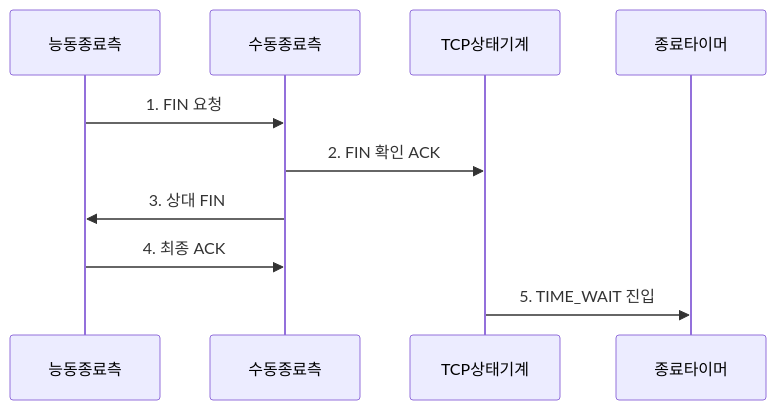
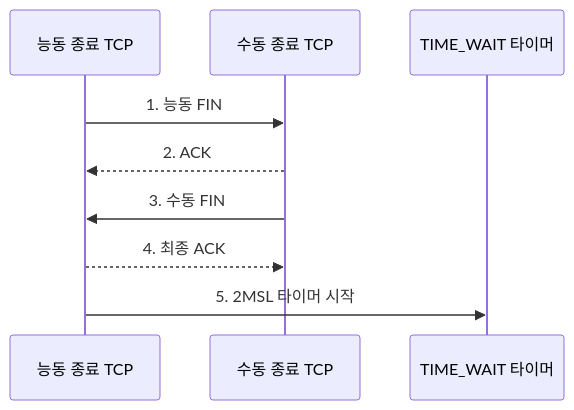
Before and after one commit to agnusdei1207/knowledge-base: the second of 2 diagrams in src/content/docs/notes/04-network/023_tcp_4_way_handshake.md, drawn with Mermaid. The commit also changed other lines of this file and 20 other files, not shown here.

````diff
--- a/src/content/docs/notes/04-network/023_tcp_4_way_handshake.md
+++ b/src/content/docs/notes/04-network/023_tcp_4_way_handshake.md
@@ -88,12 +85,11 @@
 ```mermaid
 sequenceDiagram
-    participant 능동종료측
-    participant 수동종료측
-    participant TCP상태기계
-    participant 종료타이머
-    능동종료측->>수동종료측: 1. FIN 요청
-    수동종료측->>TCP상태기계: 2. FIN 확인 ACK
-    수동종료측->>능동종료측: 3. 상대 FIN
-    능동종료측->>수동종료측: 4. 최종 ACK
-    TCP상태기계->>종료타이머: 5. TIME_WAIT 진입
+    participant 능동종료TCP as 능동 종료 TCP
+    participant 수동종료TCP as 수동 종료 TCP
+    participant 종료타이머 as TIME_WAIT 타이머
+    능동종료TCP->>수동종료TCP: 1. 능동 FIN
+    수동종료TCP-->>능동종료TCP: 2. ACK
+    수동종료TCP->>능동종료TCP: 3. 수동 FIN
+    능동종료TCP-->>수동종료TCP: 4. 최종 ACK
+    능동종료TCP->>종료타이머: 5. 2MSL 타이머 시작
 ```
````
